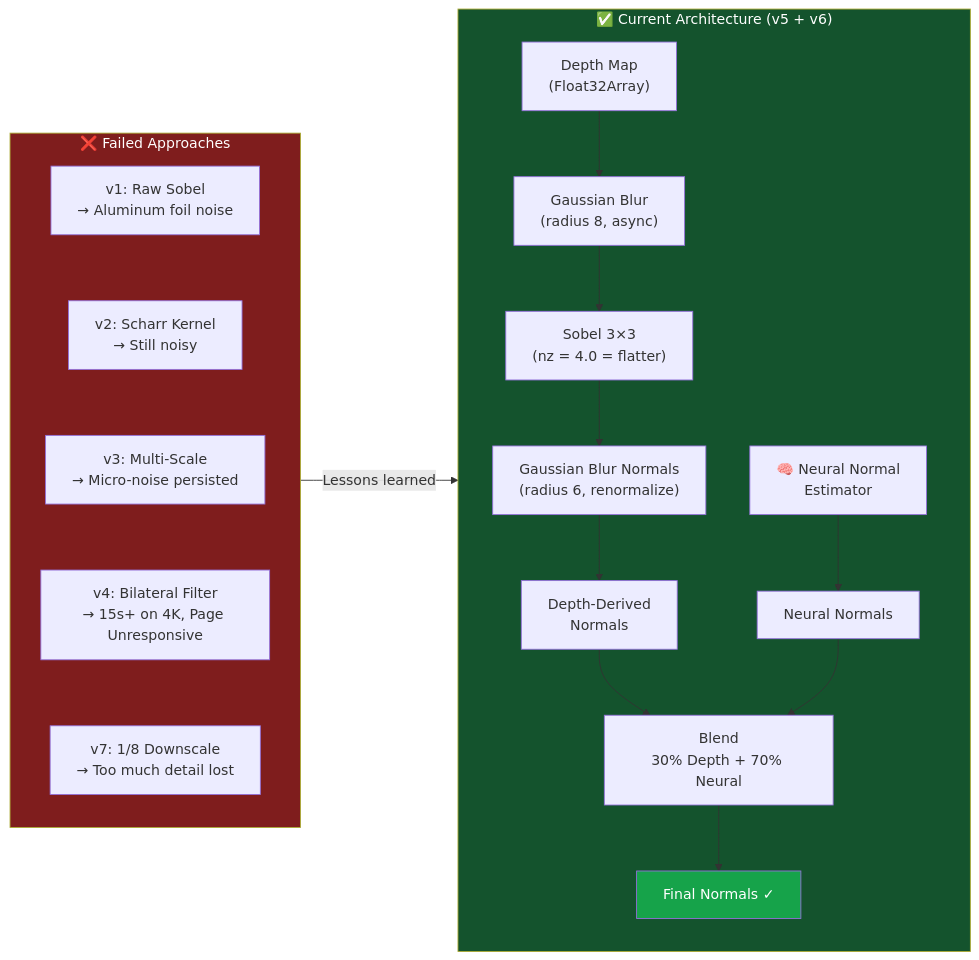
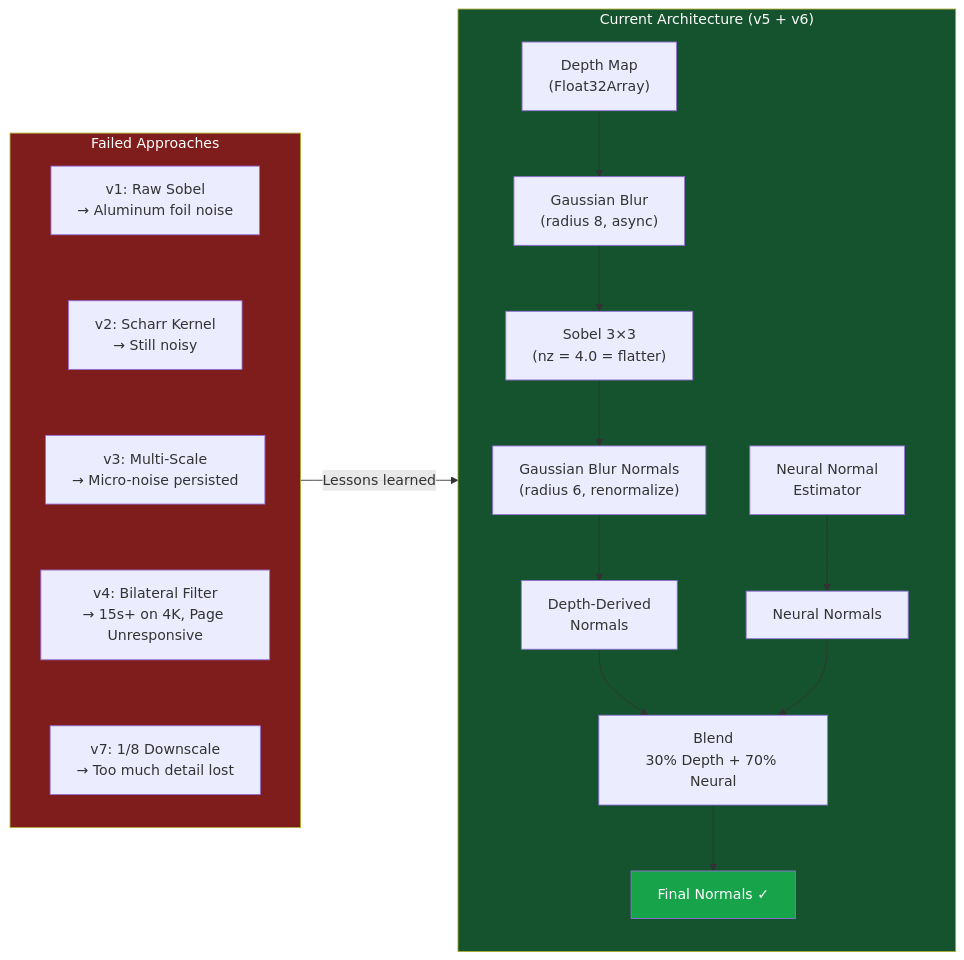
Before and after one commit to kunal0230/Orlume: the third of 5 diagrams in docs/HOW_IT_WORKS.md, drawn with Mermaid. The commit also changed other lines of this file, not shown here.

````diff
--- a/docs/HOW_IT_WORKS.md
+++ b/docs/HOW_IT_WORKS.md
@@ -169,30 +169,30 @@
 ```mermaid
 flowchart LR
-    subgraph Failed["❌ Failed Approaches"]
+    subgraph Failed[" Failed Approaches"]
         direction TB
         A1["v1: Raw Sobel\n→ Aluminum foil noise"] ~~~ A2["v2: Scharr Kernel\n→ Still noisy"]
         A2 ~~~ A3["v3: Multi-Scale\n→ Micro-noise persisted"]
         A3 ~~~ A4["v4: Bilateral Filter\n→ 15s+ on 4K, Page Unresponsive"]
         A4 ~~~ A7["v7: 1/8 Downscale\n→ Too much detail lost"]
     end
 
-    subgraph Current["✅ Current Architecture (v5 + v6)"]
+    subgraph Current[" Current Architecture (v5 + v6)"]
         direction TB
         B1["Depth Map\n(Float32Array)"] --> B2["Gaussian Blur\n(radius 8, async)"]
         B2 --> B3["Sobel 3×3\n(nz = 4.0 = flatter)"]
         B3 --> B4["Gaussian Blur Normals\n(radius 6, renormalize)"]
         B4 --> B5["Depth-Derived\nNormals"]
 
-        B6["🧠 Neural Normal\nEstimator"] --> B7["Neural Normals"]
+        B6[" Neural Normal\nEstimator"] --> B7["Neural Normals"]
 
         B5 --> B8["Blend\n30% Depth + 70% Neural"]
         B7 --> B8
         B8 --> B9["Final Normals ✓"]
     end
 
     Failed -->|"Lessons learned"| Current
 
     style Failed fill:#7F1D1D,color:#fff
     style Current fill:#14532D,color:#fff
     style B9 fill:#16A34A,color:#fff
 ```
````
